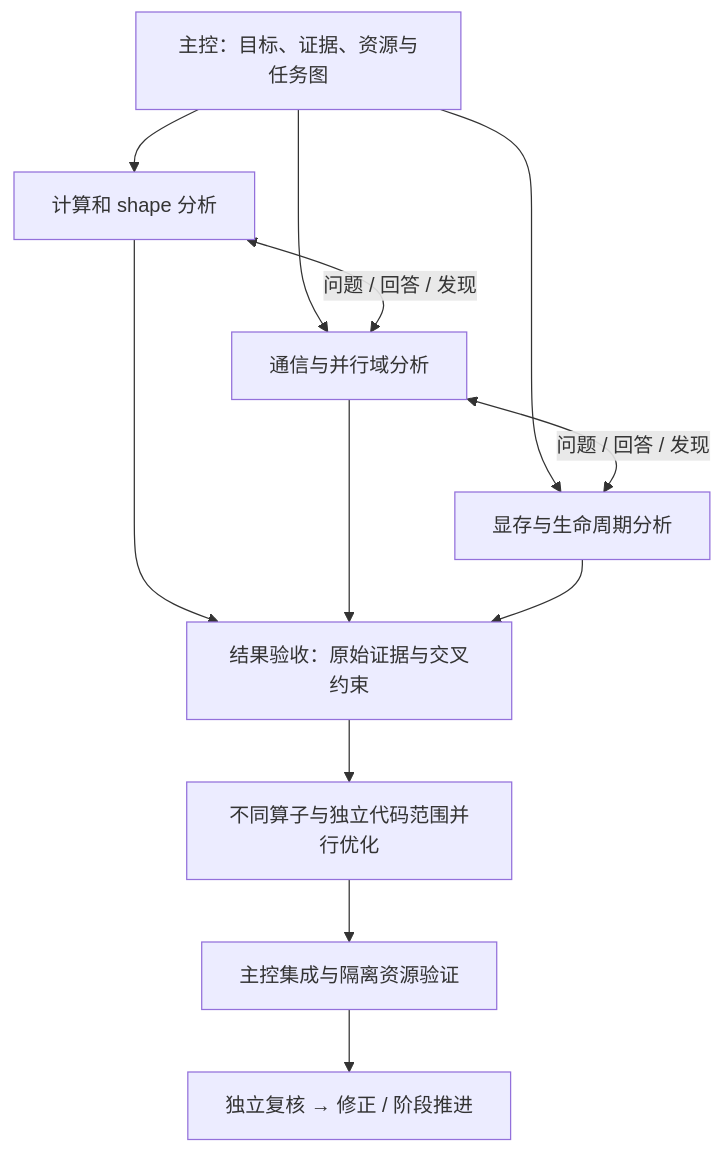
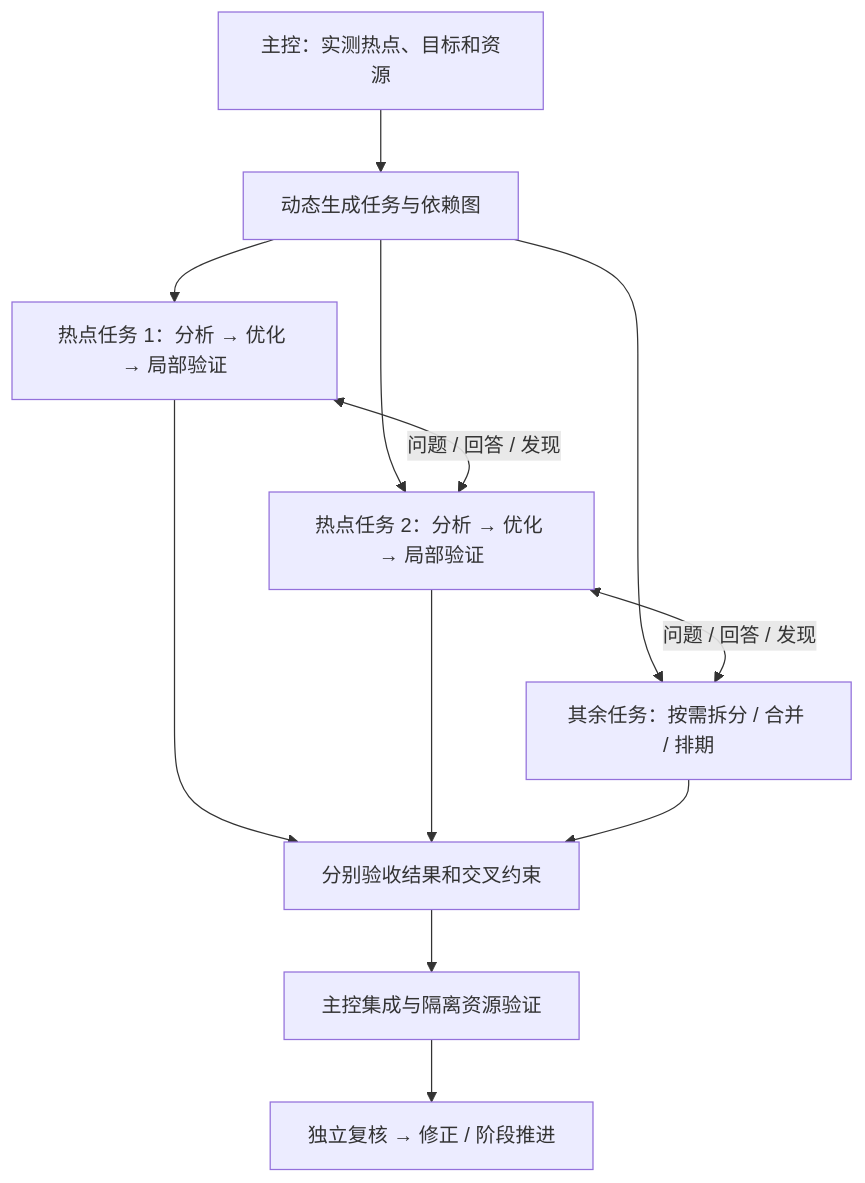
The diagram in docs/multi-agent.md (yuguo-Jack/HCU-TrainFlow), drawn with Mermaid before and after one commit. The commit also changed other lines of this file and 6 other files, not shown here.

````diff
--- a/docs/multi-agent.md
+++ b/docs/multi-agent.md
@@ -22,14 +26,14 @@
 ```mermaid
 flowchart TD
-    C[主控：目标、证据、资源与任务图] --> A[计算和 shape 分析]
-    C --> B[通信与并行域分析]
-    C --> M[显存与生命周期分析]
+    C[主控：实测热点、目标和资源] --> D[动态生成任务与依赖图]
+    D --> A[热点任务 1：分析 → 优化 → 局部验证]
+    D --> B[热点任务 2：分析 → 优化 → 局部验证]
+    D --> N[其余任务：按需拆分 / 合并 / 排期]
     A <-->|问题 / 回答 / 发现| B
-    B <-->|问题 / 回答 / 发现| M
-    A --> R[结果验收：原始证据与交叉约束]
+    B <-->|问题 / 回答 / 发现| N
+    A --> R[分别验收结果和交叉约束]
     B --> R
-    M --> R
-    R --> I[不同算子与独立代码范围并行优化]
-    I --> J[主控集成与隔离资源验证]
+    N --> R
+    R --> J[主控集成与隔离资源验证]
     J --> V[独立复核 → 修正 / 阶段推进]
 ```
````
